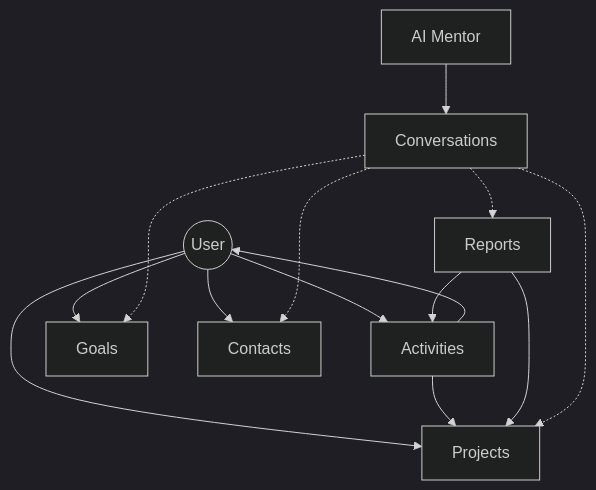
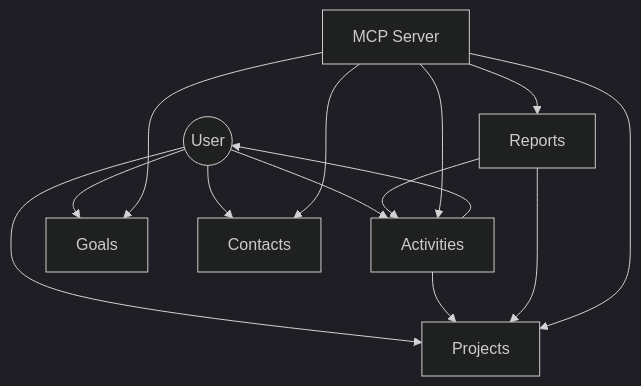
The diagram in CLAUDE.md (Astatide1337/Jobmark), drawn with Mermaid (dark theme) before and after one commit. The commit also changed other lines of this file and 100 other files, not shown here.

First line of the commit message:
feat: replace internal chat with MCP server + OAuth 2.1 provider

````diff
--- a/CLAUDE.md
+++ b/CLAUDE.md
@@ -48,19 +50,19 @@
 ```mermaid
 graph TD
     User((User)) --> Project[Projects]
     User --> Activity[Activities]
     User --> Goal[Goals]
     User --> Contact[Contacts]
 
     Activity --> Project
     Activity --> User
 
     Report[Reports] --> Activity
     Report --> Project
 
-    AI[AI Mentor] --> Conversation[Conversations]
-    Conversation -.-> Project
-    Conversation -.-> Goal
-    Conversation -.-> Report
-    Conversation -.-> Contact
+    MCP[MCP Server] --> Activity
+    MCP --> Project
+    MCP --> Goal
+    MCP --> Contact
+    MCP --> Report
 ```
````
